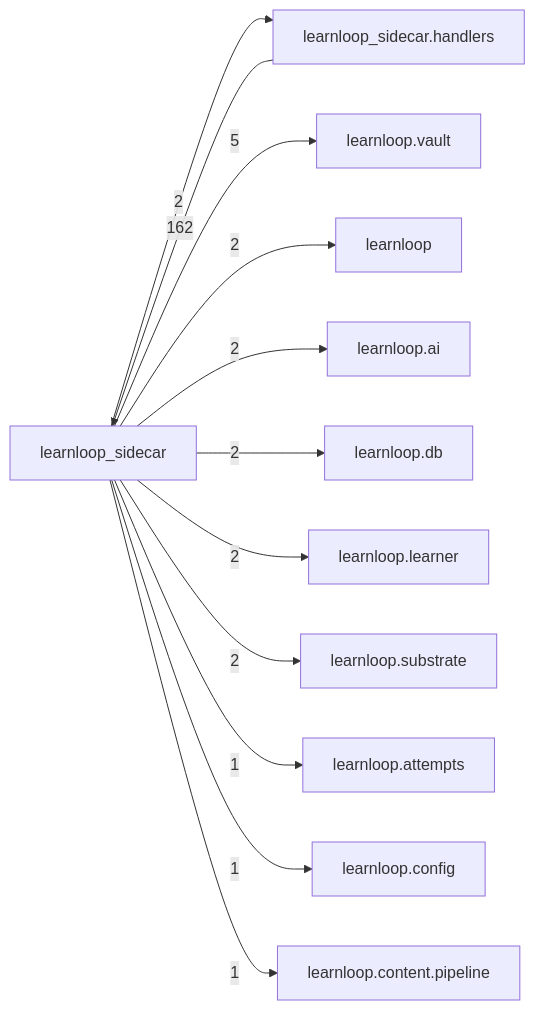
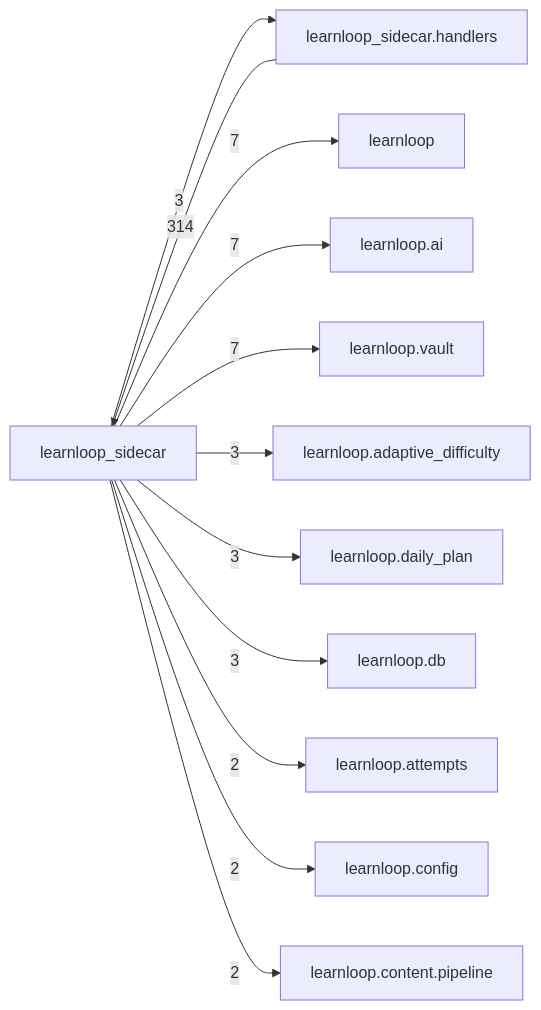
The diagram in docs/learnloop-architecture-vault/Reference/Modules/learnloop_sidecar/_package.md (6up-b/learnanything), drawn with Mermaid before and after one commit. The commit also changed other lines of this file and 1202 other files, not shown here.

````diff
--- a/docs/learnloop-architecture-vault/Reference/Modules/learnloop_sidecar/_package.md
+++ b/docs/learnloop-architecture-vault/Reference/Modules/learnloop_sidecar/_package.md
@@ -98,25 +116,25 @@
 ```mermaid
 flowchart LR
     center["learnloop_sidecar"]
     n_learnloop_sidecar_handlers["learnloop_sidecar.handlers"]
-    n_learnloop_vault["learnloop.vault"]
     n_learnloop["learnloop"]
     n_learnloop_ai["learnloop.ai"]
+    n_learnloop_vault["learnloop.vault"]
+    n_learnloop_adaptive_difficulty["learnloop.adaptive_difficulty"]
+    n_learnloop_daily_plan["learnloop.daily_plan"]
     n_learnloop_db["learnloop.db"]
-    n_learnloop_learner["learnloop.learner"]
-    n_learnloop_substrate["learnloop.substrate"]
     n_learnloop_attempts["learnloop.attempts"]
     n_learnloop_config["learnloop.config"]
     n_learnloop_content_pipeline["learnloop.content.pipeline"]
-    n_learnloop_sidecar_handlers -->|162| center
-    center -->|2| n_learnloop_sidecar_handlers
-    center -->|5| n_learnloop_vault
-    center -->|2| n_learnloop
-    center -->|2| n_learnloop_ai
-    center -->|2| n_learnloop_db
-    center -->|2| n_learnloop_learner
-    center -->|2| n_learnloop_substrate
-    center -->|1| n_learnloop_attempts
-    center -->|1| n_learnloop_config
-    center -->|1| n_learnloop_content_pipeline
+    n_learnloop_sidecar_handlers -->|314| center
+    center -->|3| n_learnloop_sidecar_handlers
+    center -->|7| n_learnloop
+    center -->|7| n_learnloop_ai
+    center -->|7| n_learnloop_vault
+    center -->|3| n_learnloop_adaptive_difficulty
+    center -->|3| n_learnloop_daily_plan
+    center -->|3| n_learnloop_db
+    center -->|2| n_learnloop_attempts
+    center -->|2| n_learnloop_config
+    center -->|2| n_learnloop_content_pipeline
 ```
````
